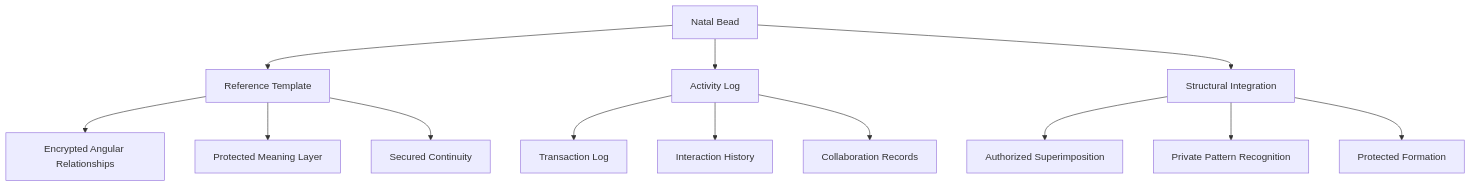
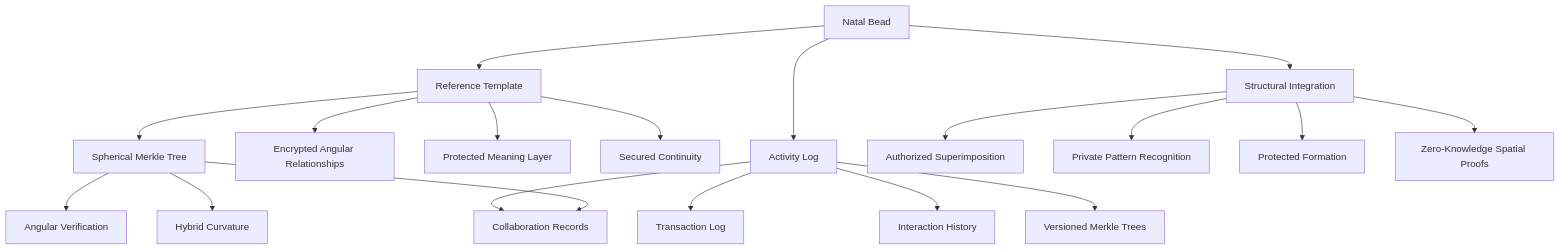
Before and after one commit to heavyblotto/memorativa: the first of 3 diagrams in docs/2. the cybernetic system/memorativa-2-17-natal-glass-beads.md, drawn with Mermaid. The commit also changed other lines of this file and 71 other files, not shown here.

````diff
--- a/docs/2. the cybernetic system/memorativa-2-17-natal-glass-beads.md
+++ b/docs/2. the cybernetic system/memorativa-2-17-natal-glass-beads.md
@@ -83,18 +131,25 @@
 ```mermaid
 graph TD
     NB[Natal Bead] --> RT[Reference Template]
     NB --> AL[Activity Log]
     NB --> SI[Structural Integration]
     
     RT --> AR[Encrypted Angular Relationships]
     RT --> PM[Protected Meaning Layer]
     RT --> IC[Secured Continuity]
+    RT --> SMT[Spherical Merkle Tree]
+    
+    SMT --> CH[Content Hashing]
+    SMT --> AV[Angular Verification]
+    SMT --> HC[Hybrid Curvature]
     
     AL --> TL[Transaction Log]
     AL --> IH[Interaction History]
     AL --> CH[Collaboration Records]
+    AL --> VM[Versioned Merkle Trees]
     
     SI --> SP[Authorized Superimposition]
     SI --> PR[Private Pattern Recognition]
     SI --> PF[Protected Formation]
+    SI --> ZK[Zero-Knowledge Spatial Proofs]
 ```
````
